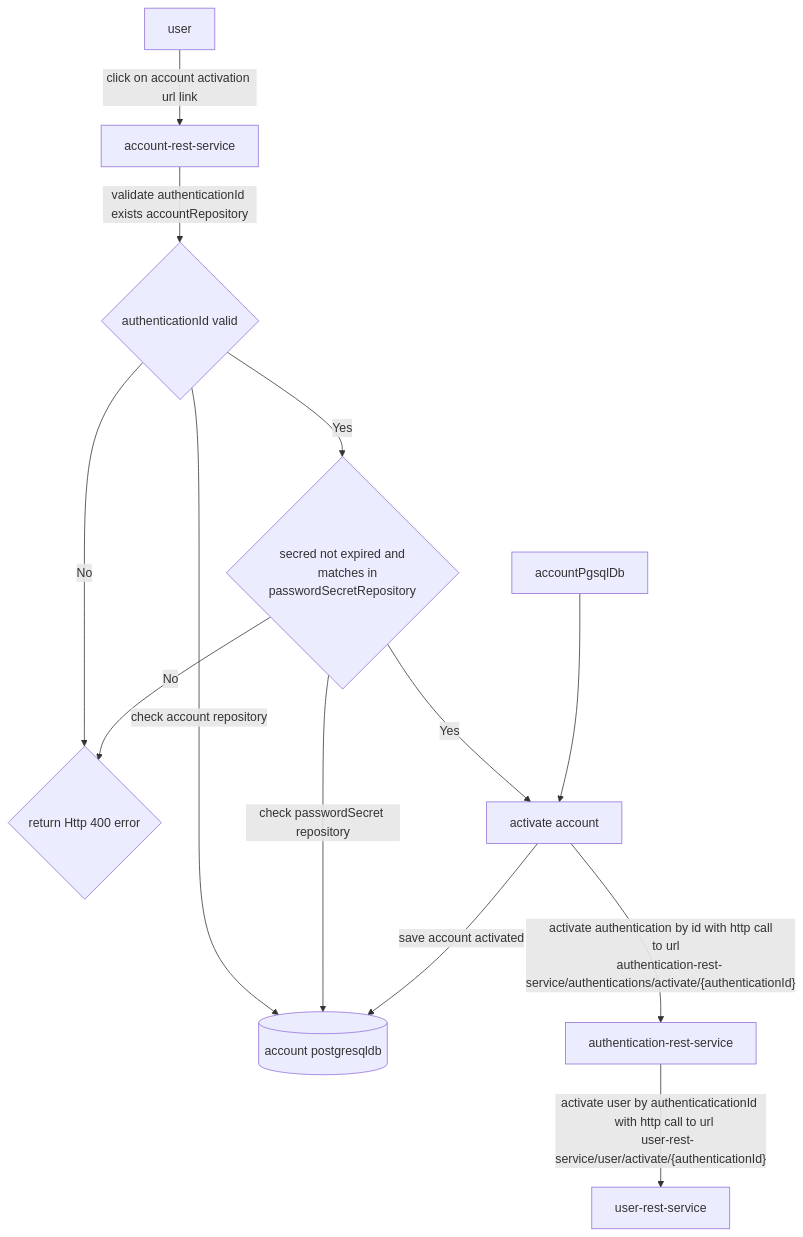
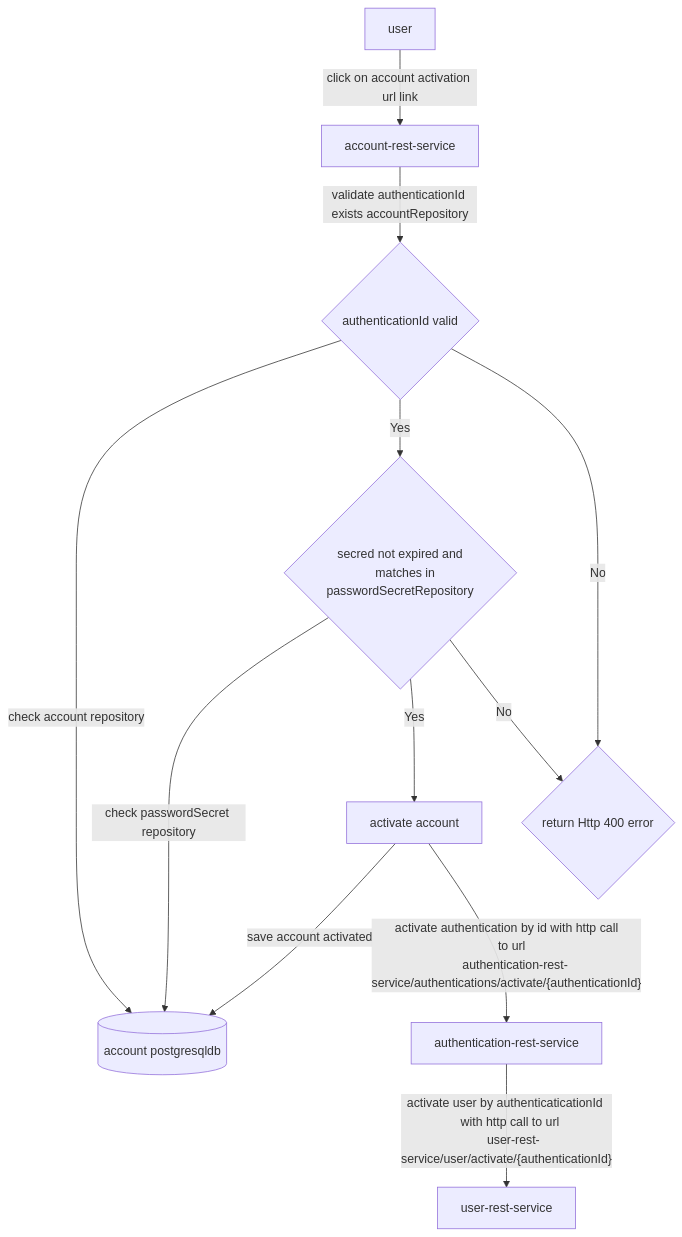
One commit to sonamsamdupkhangsar/account-rest-service changed the diagram in README.md. Above: the diagram before and after it, drawn with Mermaid.

Commit message:
commit flow

````diff
--- a/README.md
+++ b/README.md
@@ -63,20 +63,19 @@
 ```mermaid
 flowchart TD
     User[user] --"click on account activation url link" -->  AccountRestService[account-rest-service] 
     AccountRestService --"validate authenticationId exists accountRepository" --> authIdValid{authenticationId valid}
     authIdValid --"check account repository"--> AccountPgsqlDb[(account postgresqldb)]
    authIdValid -->|Yes| secretValid{"secred not expired and
     matches in passwordSecretRepository"}
    authIdValid -->|No| error400{return Http 400 error}
    secretValid --"check passwordSecret repository" -->AccountPgsqlDb
    secretValid -->|Yes| activateAccount[activate account]
    activateAccount --"save account activated" --> AccountPgsqlDb
    secretValid -->|No| error400
-   accountPgsqlDb -->activateAccount
    activateAccount -- "activate authentication by id with http call
      to url  
      authentication-rest-service/authentications/activate/{authenticationId}" --> AuthtenticationRestService[authentication-rest-service]
     AuthtenticationRestService --"activate user by authenticaticationId 
     with http call to url  
     user-rest-service/user/activate/{authenticationId}" --> UserRestService[user-rest-service]    
 ```
````
